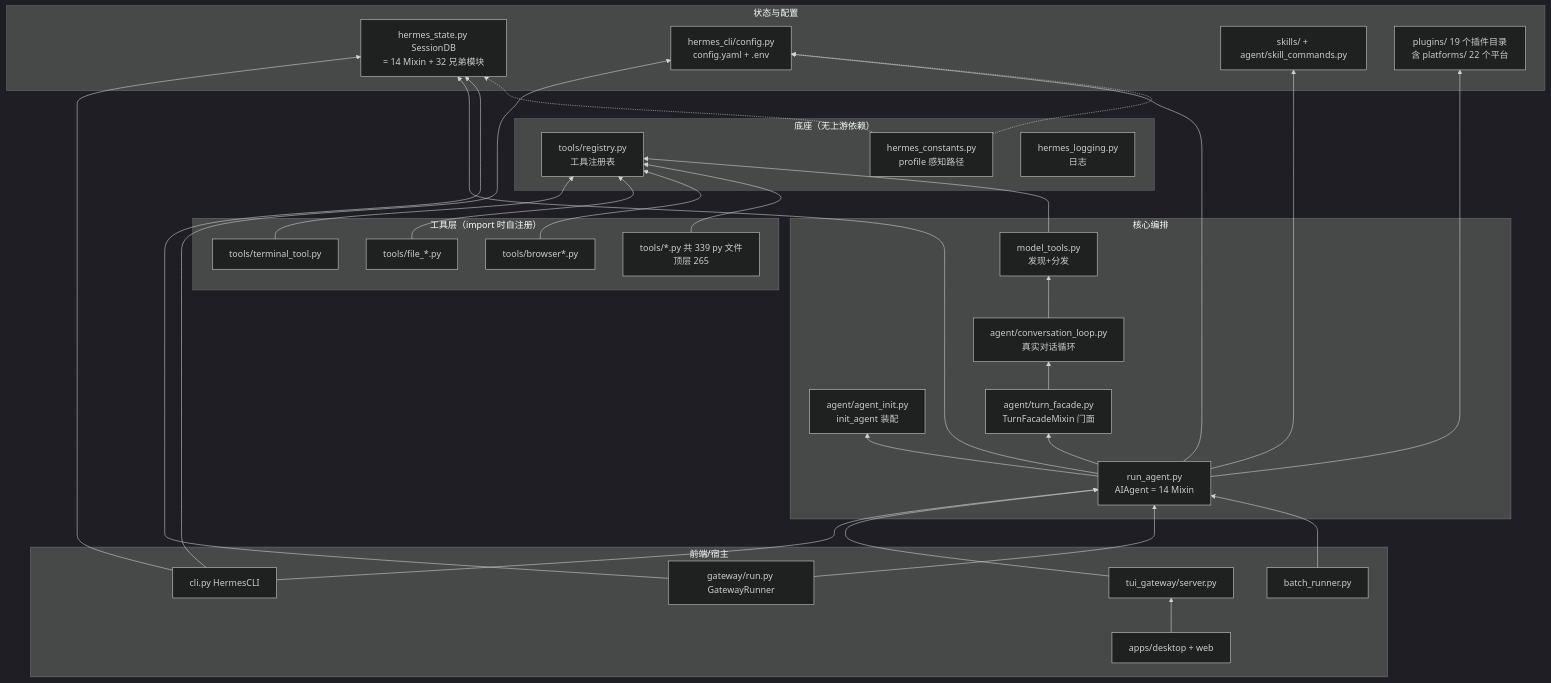
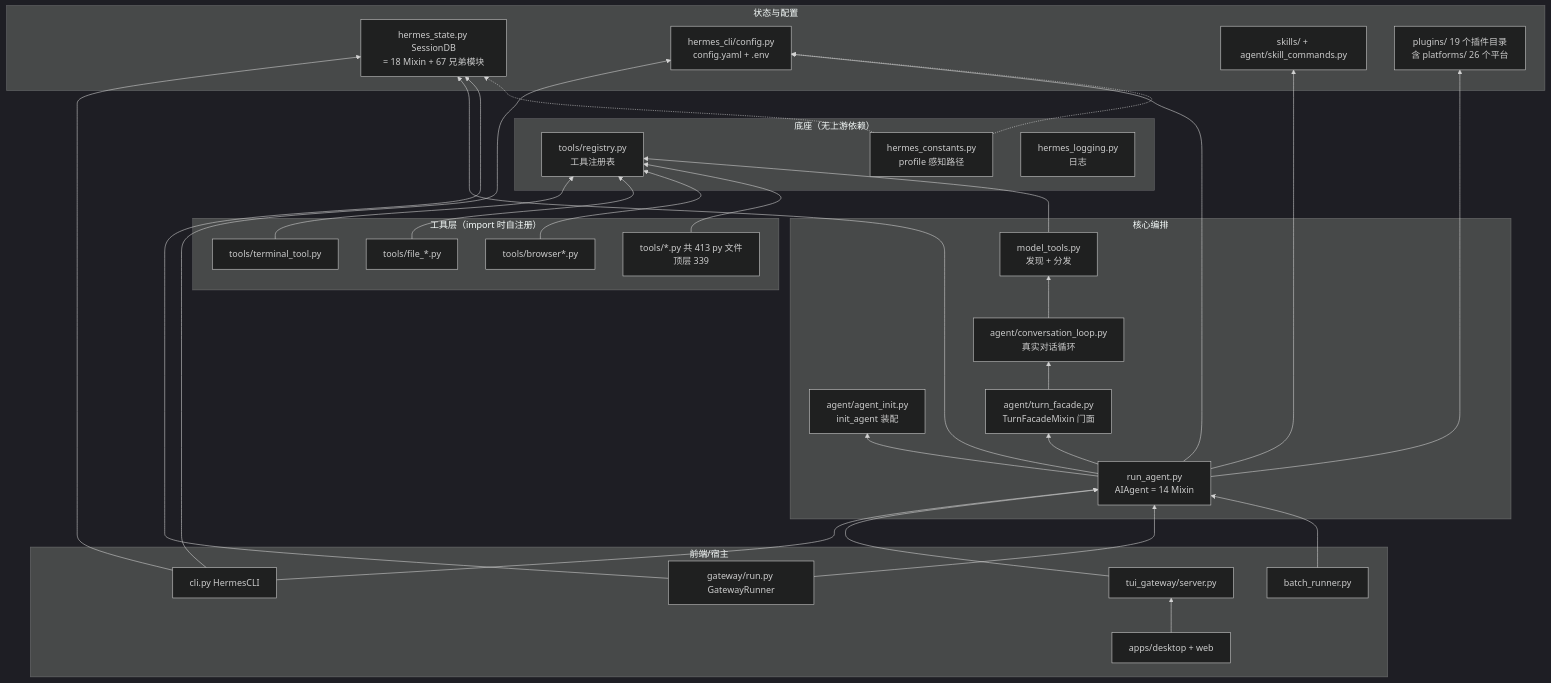
Before and after one commit to adrian9778/hermes-agent: the second of 3 diagrams in docs/sourceReader/01-简单框架-系统骨架.md, drawn with Mermaid (dark theme). The commit also changed other lines of this file and 5 other files, not shown here.

````diff
--- a/docs/sourceReader/01-简单框架-系统骨架.md
+++ b/docs/sourceReader/01-简单框架-系统骨架.md
@@ -95,62 +93,62 @@
 ```mermaid
 flowchart BT
     subgraph 底座["底座（无上游依赖）"]
         REG[tools/registry.py<br/>工具注册表]
         CONST[hermes_constants.py<br/>profile 感知路径]
         LOG[hermes_logging.py<br/>日志]
     end
 
     subgraph 工具层["工具层（import 时自注册）"]
         T1[tools/terminal_tool.py]
         T2[tools/file_*.py]
         T3[tools/browser*.py]
-        TN[tools/*.py 共 339 py 文件<br/>顶层 265]
+        TN[tools/*.py 共 413 py 文件<br/>顶层 339]
     end
 
     subgraph 核心["核心编排"]
-        MT[model_tools.py<br/>发现+分发]
+        MT[model_tools.py<br/>发现 + 分发]
         AINIT[agent/agent_init.py<br/>init_agent 装配]
         FACADE[agent/turn_facade.py<br/>TurnFacadeMixin 门面]
         CL[agent/conversation_loop.py<br/>真实对话循环]
         RA[run_agent.py<br/>AIAgent = 14 Mixin]
     end
 
     subgraph 前端["前端/宿主"]
         CLI[cli.py HermesCLI]
         TUI[tui_gateway/server.py]
         GW[gateway/run.py GatewayRunner]
         DESK[apps/desktop + web]
         BATCH[batch_runner.py]
     end
 
     subgraph 状态["状态与配置"]
-        DB[hermes_state.py SessionDB<br/>= 14 Mixin + 32 兄弟模块]
+        DB[hermes_state.py SessionDB<br/>= 18 Mixin + 67 兄弟模块]
         CFG[hermes_cli/config.py<br/>config.yaml + .env]
         SKILL[skills/ + agent/skill_commands.py]
-        PLUG[plugins/ 19 个插件目录<br/>含 platforms/ 22 个平台]
+        PLUG[plugins/ 19 个插件目录<br/>含 platforms/ 26 个平台]
     end
 
     T1 --> REG
     T2 --> REG
     T3 --> REG
     TN --> REG
     MT --> REG
     RA --> AINIT
     RA --> FACADE
     FACADE --> CL
     CL --> MT
     CLI --> RA
     TUI --> RA
     GW --> RA
     DESK --> TUI
     BATCH --> RA
     CLI --> DB
     RA --> DB
     GW --> DB
     CLI --> CFG
     RA --> CFG
     RA --> SKILL
     RA --> PLUG
     CONST -.-> DB
     CONST -.-> CFG
 ```
````
